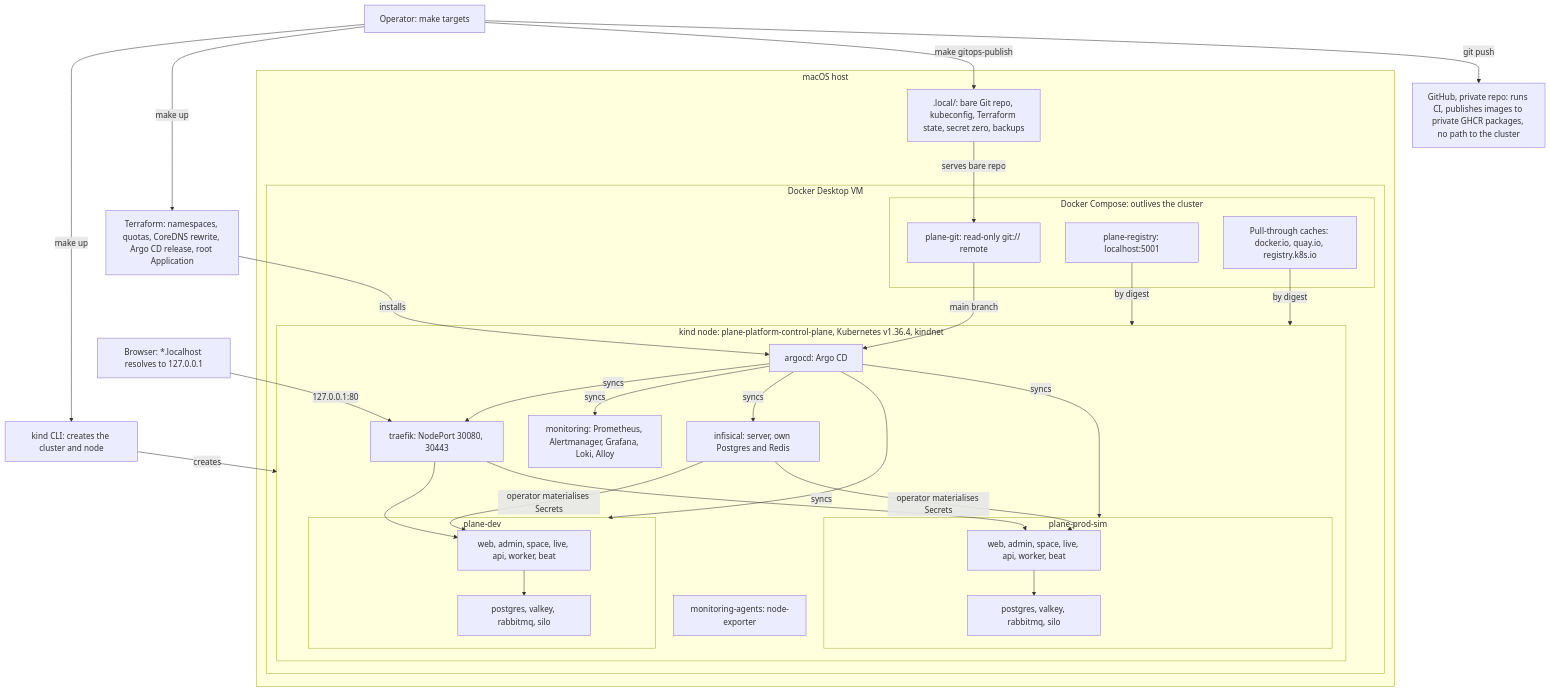
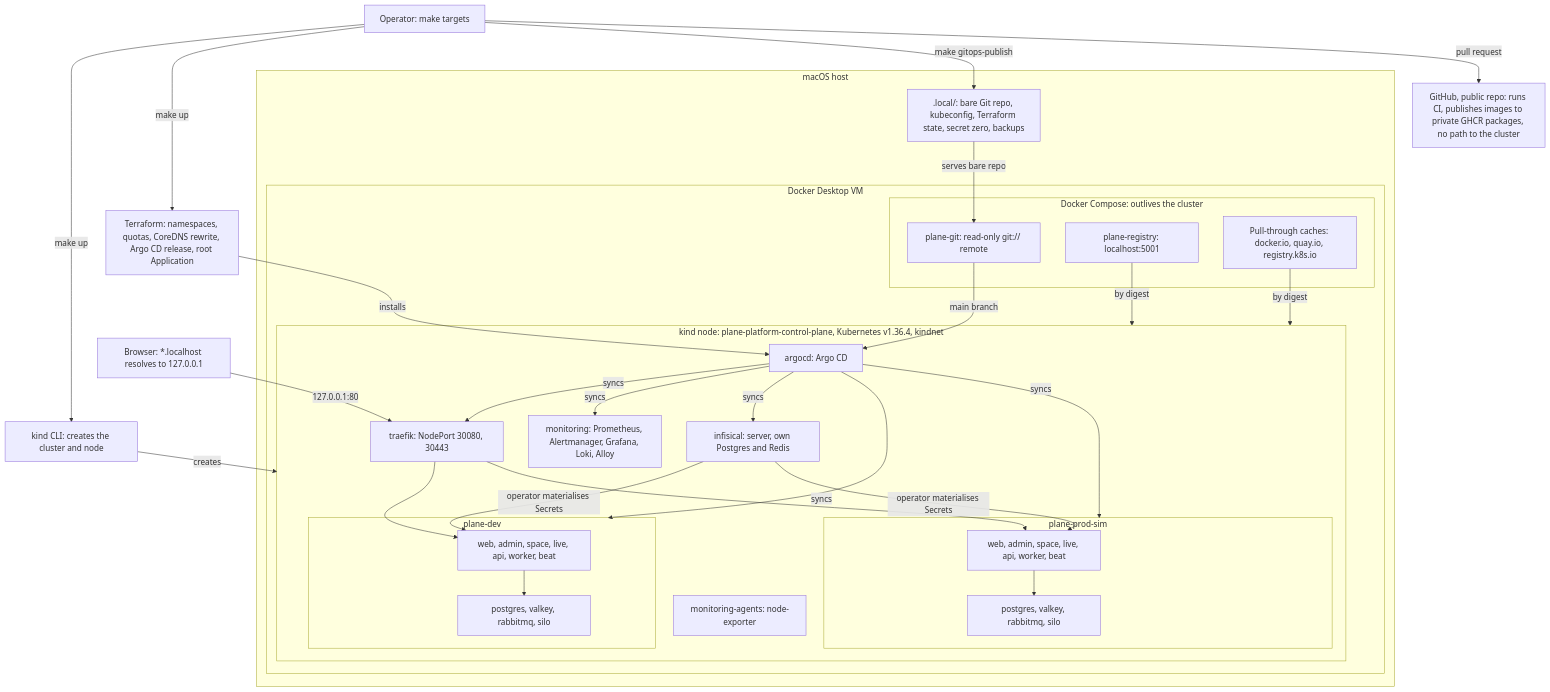
The first of 2 diagrams in README.md (BereketAbera/plane-platform), drawn with Mermaid before and after one commit. The commit also changed other lines of this file and 44 other files, not shown here.

First line of the commit message:
docs: say what is true now the repository is public and main takes pull requests

````diff
--- a/README.md
+++ b/README.md
@@ -114,57 +114,57 @@
 ```mermaid
 flowchart TB
-  gh["GitHub, private repo: runs CI, publishes images to private GHCR packages, no path to the cluster"]
+  gh["GitHub, public repo: runs CI, publishes images to private GHCR packages, no path to the cluster"]
   operator["Operator: make targets"]
   browser["Browser: *.localhost resolves to 127.0.0.1"]
   kindcli["kind CLI: creates the cluster and node"]
   tf["Terraform: namespaces, quotas, CoreDNS rewrite, Argo CD release, root Application"]
 
   subgraph host["macOS host"]
     state[".local/: bare Git repo, kubeconfig, Terraform state, secret zero, backups"]
     subgraph vm["Docker Desktop VM"]
       subgraph compose["Docker Compose: outlives the cluster"]
         git["plane-git: read-only git:// remote"]
         registry["plane-registry: localhost:5001"]
         mirrors["Pull-through caches: docker.io, quay.io, registry.k8s.io"]
       end
       subgraph node["kind node: plane-platform-control-plane, Kubernetes v1.36.4, kindnet"]
         traefik["traefik: NodePort 30080, 30443"]
         argo["argocd: Argo CD"]
         infisical["infisical: server, own Postgres and Redis"]
         monitoring["monitoring: Prometheus, Alertmanager, Grafana, Loki, Alloy"]
         agents["monitoring-agents: node-exporter"]
         subgraph dev["plane-dev"]
           devapp["web, admin, space, live, api, worker, beat"]
           devdata["postgres, valkey, rabbitmq, silo"]
         end
         subgraph sim["plane-prod-sim"]
           simapp["web, admin, space, live, api, worker, beat"]
           simdata["postgres, valkey, rabbitmq, silo"]
         end
       end
     end
   end
 
   operator -- "make up" --> kindcli
   operator -- "make up" --> tf
   kindcli -- "creates" --> node
   tf -- "installs" --> argo
   operator -- "make gitops-publish" --> state
-  operator -- "git push" --> gh
+  operator -- "pull request" --> gh
   state -- "serves bare repo" --> git
   git -- "main branch" --> argo
   argo -- "syncs" --> traefik
   argo -- "syncs" --> monitoring
   argo -- "syncs" --> infisical
   argo -- "syncs" --> dev
   argo -- "syncs" --> sim
   infisical -- "operator materialises Secrets" --> devapp
   infisical -- "operator materialises Secrets" --> simapp
   devapp --> devdata
   simapp --> simdata
   browser -- "127.0.0.1:80" --> traefik
   traefik --> devapp
   traefik --> simapp
   registry -- "by digest" --> node
   mirrors -- "by digest" --> node
 ```
````
